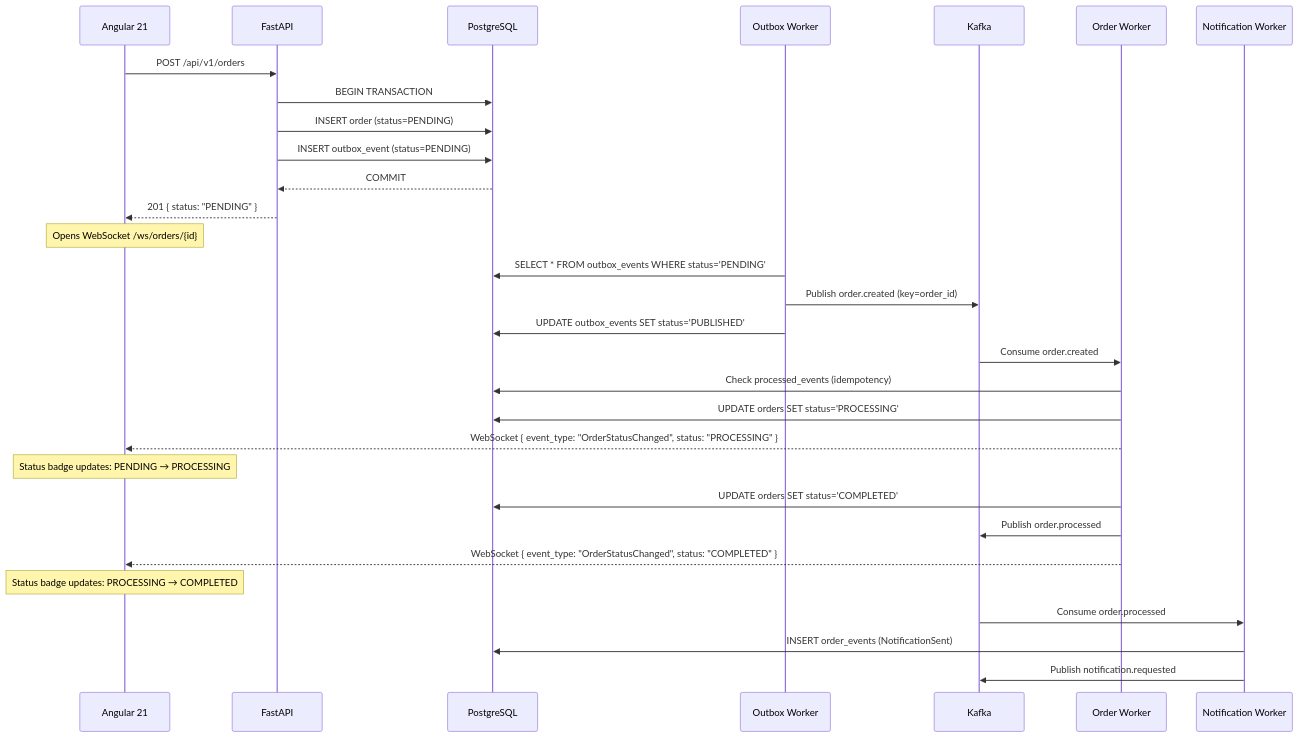
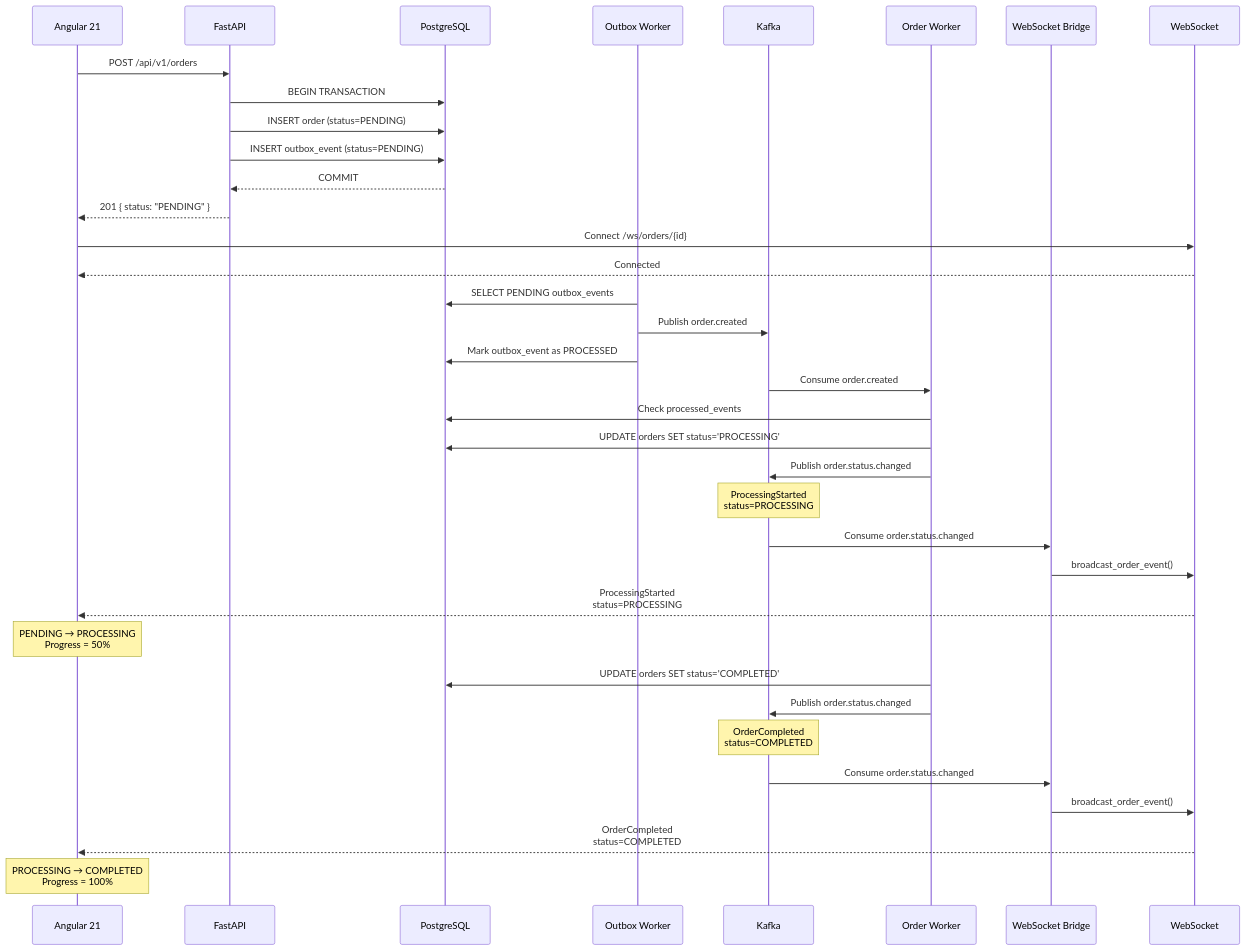
The second of 3 diagrams in README.md (piyalidas10/real-time-order-processing), drawn with Mermaid before and after one commit. The commit also changed other lines of this file, not shown here.

````diff
--- a/README.md
+++ b/README.md
@@ -471,41 +753,55 @@
 ```mermaid
 sequenceDiagram
+
     participant UI as Angular 21
     participant API as FastAPI
     participant DB as PostgreSQL
     participant O as Outbox Worker
     participant K as Kafka
     participant W as Order Worker
-    participant N as Notification Worker
+    participant B as WebSocket Bridge
+    participant WS as WebSocket
 
     UI->>API: POST /api/v1/orders
+
     API->>DB: BEGIN TRANSACTION
     API->>DB: INSERT order (status=PENDING)
     API->>DB: INSERT outbox_event (status=PENDING)
     DB-->>API: COMMIT
+
     API-->>UI: 201 { status: "PENDING" }
 
-    Note over UI: Opens WebSocket /ws/orders/{id}
+    UI->>WS: Connect /ws/orders/{id}
+    WS-->>UI: Connected
 
-    O->>DB: SELECT * FROM outbox_events WHERE status='PENDING'
-    O->>K: Publish order.created (key=order_id)
-    O->>DB: UPDATE outbox_events SET status='PUBLISHED'
+    O->>DB: SELECT PENDING outbox_events
+    O->>K: Publish order.created
+    O->>DB: Mark outbox_event as PROCESSED
 
     K->>W: Consume order.created
-    W->>DB: Check processed_events (idempotency)
+
+    W->>DB: Check processed_events
     W->>DB: UPDATE orders SET status='PROCESSING'
-    W-->>UI: WebSocket { event_type: "OrderStatusChanged", status: "PROCESSING" }
 
-    Note over UI: Status badge updates: PENDING → PROCESSING
+    W->>K: Publish order.status.changed
+    Note over K: ProcessingStarted<br/>status=PROCESSING
+
+    K->>B: Consume order.status.changed
+    B->>WS: broadcast_order_event()
+
+    WS-->>UI: ProcessingStarted<br/>status=PROCESSING
+
+    Note over UI: PENDING → PROCESSING<br/>Progress = 50%
 
     W->>DB: UPDATE orders SET status='COMPLETED'
-    W->>K: Publish order.processed
 
-    W-->>UI: WebSocket { event_type: "OrderStatusChanged", status: "COMPLETED" }
+    W->>K: Publish order.status.changed
+    Note over K: OrderCompleted<br/>status=COMPLETED
 
-    Note over UI: Status badge updates: PROCESSING → COMPLETED
+    K->>B: Consume order.status.changed
+    B->>WS: broadcast_order_event()
 
-    K->>N: Consume order.processed
-    N->>DB: INSERT order_events (NotificationSent)
-    N->>K: Publish notification.requested
+    WS-->>UI: OrderCompleted<br/>status=COMPLETED
+
+    Note over UI: PROCESSING → COMPLETED<br/>Progress = 100%
 ```
````
